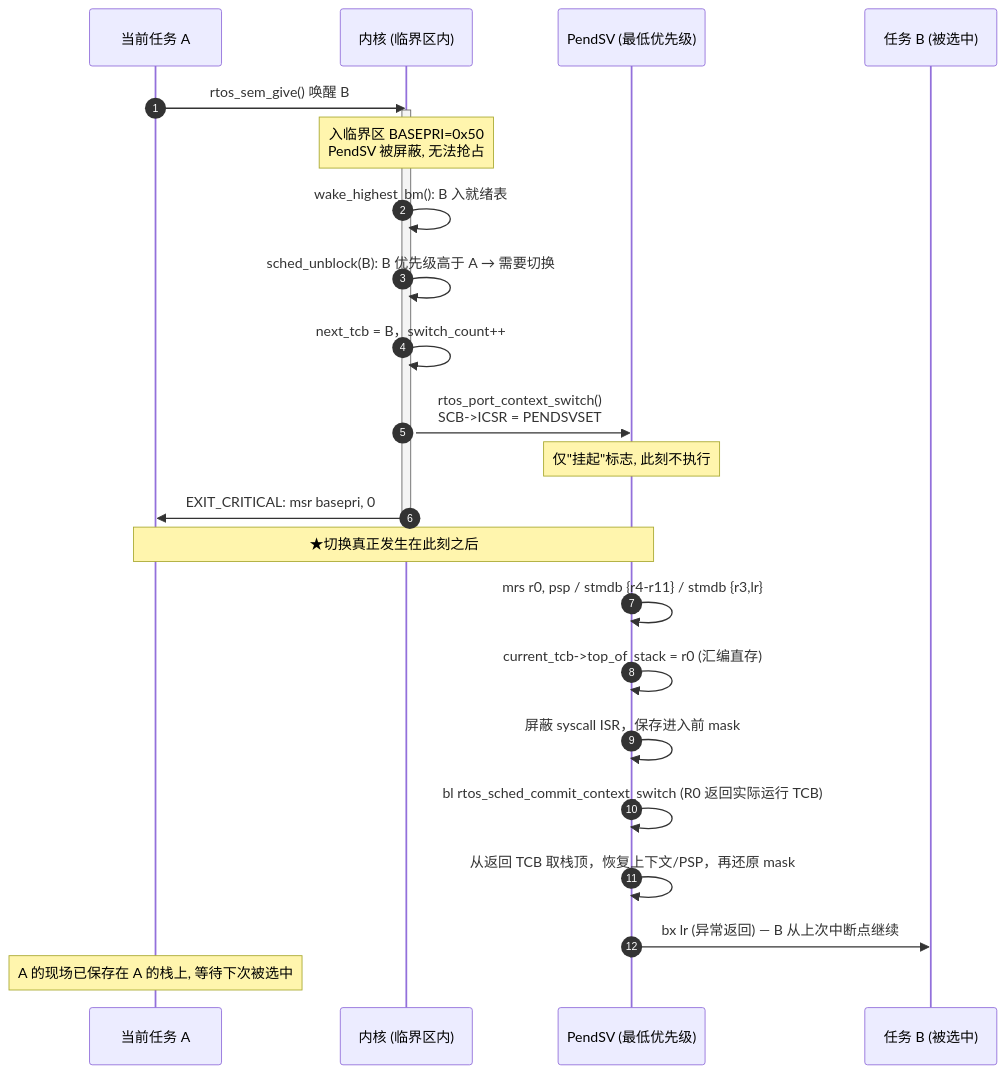
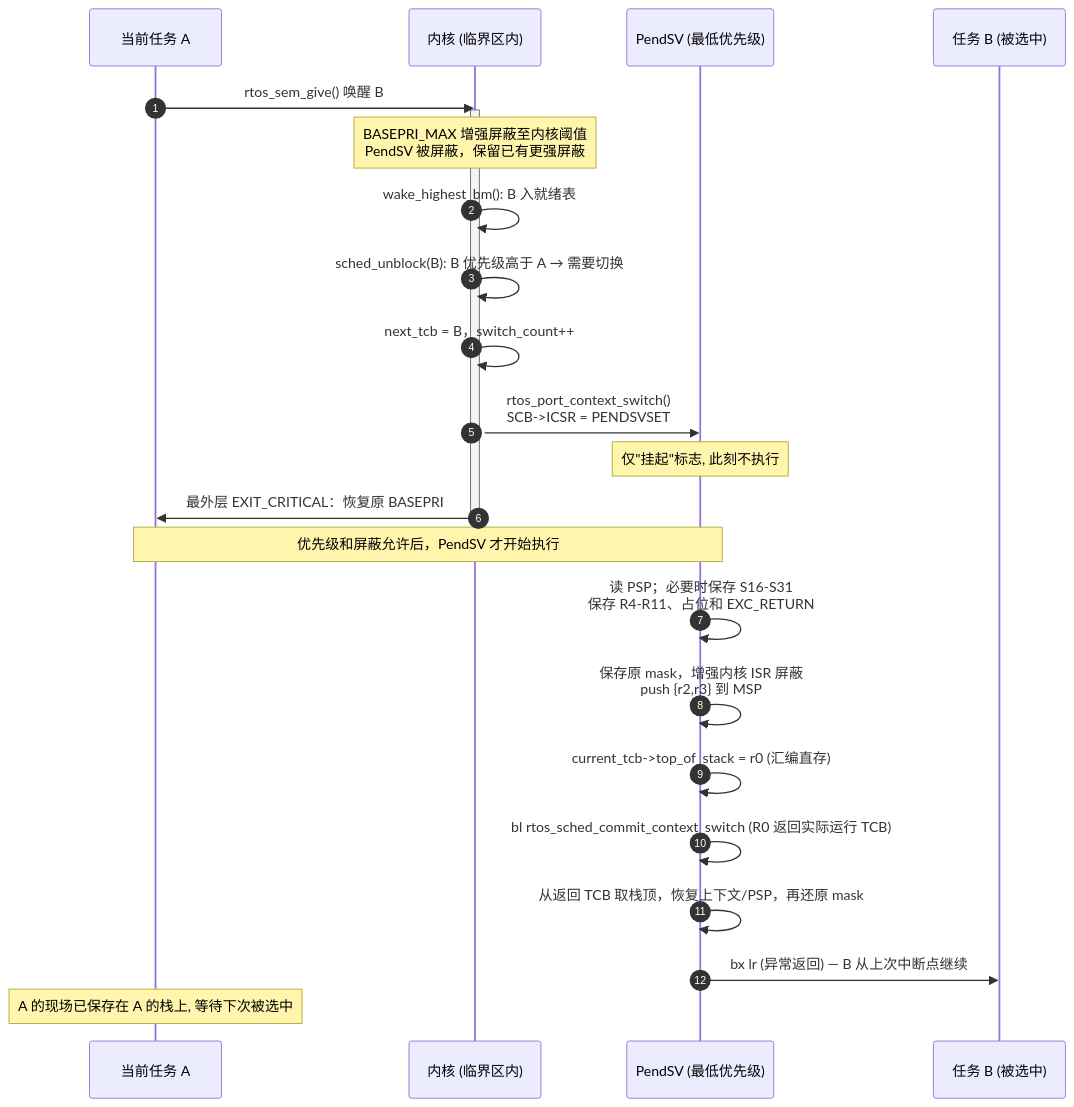
Before and after one commit to ArchHang/RTOS: the fourth of 18 diagrams in docs/rtos_design.md, drawn with Mermaid. The commit also changed other lines of this file and 15 other files, not shown here.

First line of the commit message:
docs(rtos): expand architecture and integration handbook

````diff
--- a/docs/rtos_design.md
+++ b/docs/rtos_design.md
@@ -313,27 +387,27 @@
 ```mermaid
 sequenceDiagram
     autonumber
     participant T as 当前任务 A
     participant K as 内核 (临界区内)
     participant P as PendSV (最低优先级)
     participant B as 任务 B (被选中)
 
     T->>K: rtos_sem_give() 唤醒 B
     activate K
-    Note over K: 入临界区 BASEPRI=0x50<br/>PendSV 被屏蔽, 无法抢占
+    Note over K: BASEPRI_MAX 增强屏蔽至内核阈值<br/>PendSV 被屏蔽，保留已有更强屏蔽
     K->>K: wake_highest_bm(): B 入就绪表
     K->>K: sched_unblock(B): B 优先级高于 A → 需要切换
     K->>K: next_tcb = B，switch_count++
     K->>P: rtos_port_context_switch()<br/>SCB->ICSR = PENDSVSET
     Note over P: 仅"挂起"标志, 此刻不执行
-    K->>T: EXIT_CRITICAL: msr basepri, 0
+    K->>T: 最外层 EXIT_CRITICAL：恢复原 BASEPRI
     deactivate K
-    Note over T,P: ★切换真正发生在此刻之后
-    P->>P: mrs r0, psp / stmdb {r4-r11} / stmdb {r3,lr}
+    Note over T,P: 优先级和屏蔽允许后，PendSV 才开始执行
+    P->>P: 读 PSP；必要时保存 S16-S31<br/>保存 R4-R11、占位和 EXC_RETURN
+    P->>P: 保存原 mask，增强内核 ISR 屏蔽<br/>push {r2,r3} 到 MSP
     P->>P: current_tcb->top_of_stack = r0 (汇编直存)
-    P->>P: 屏蔽 syscall ISR，保存进入前 mask
     P->>P: bl rtos_sched_commit_context_switch (R0 返回实际运行 TCB)
     P->>P: 从返回 TCB 取栈顶，恢复上下文/PSP，再还原 mask
     P->>B: bx lr (异常返回) — B 从上次中断点继续
     Note over T: A 的现场已保存在 A 的栈上, 等待下次被选中
 ```
````
